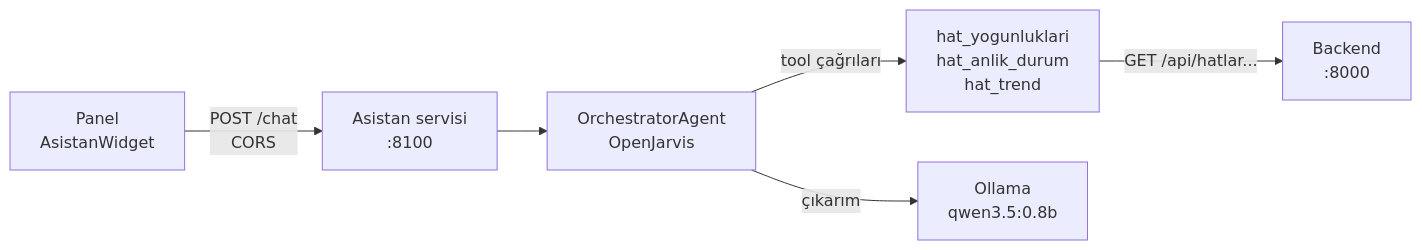
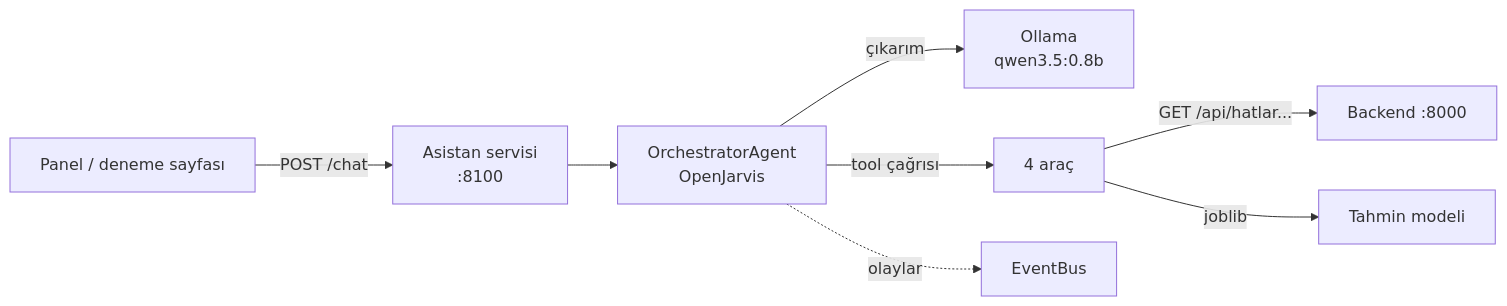
Before and after one commit to kkbradd/yzta-bootcamp-19: the diagram in docs/asistan.md, drawn with Mermaid. The commit also changed other lines of this file and 7 other files, not shown here.

````diff
--- a/docs/asistan.md
+++ b/docs/asistan.md
@@ -15,8 +15,10 @@
 ```mermaid
 graph LR
-    PANEL[Panel<br/>AsistanWidget] -->|POST /chat<br/>CORS| SERVIS[Asistan servisi<br/>:8100]
+    PANEL[Panel / deneme sayfası] -->|POST /chat| SERVIS[Asistan servisi<br/>:8100]
     SERVIS --> AGENT[OrchestratorAgent<br/>OpenJarvis]
-    AGENT -->|tool çağrıları| TOOLS[hat_yogunluklari<br/>hat_anlik_durum<br/>hat_trend]
-    TOOLS -->|GET /api/hatlar...| BACKEND[Backend<br/>:8000]
     AGENT -->|çıkarım| OLLAMA[Ollama<br/>qwen3.5:0.8b]
+    AGENT -->|tool çağrısı| TOOLS[4 araç]
+    TOOLS -->|GET /api/hatlar...| BACKEND[Backend :8000]
+    TOOLS -->|joblib| MODEL[Tahmin modeli]
+    AGENT -.olaylar.-> BUS[EventBus]
 ```
````
